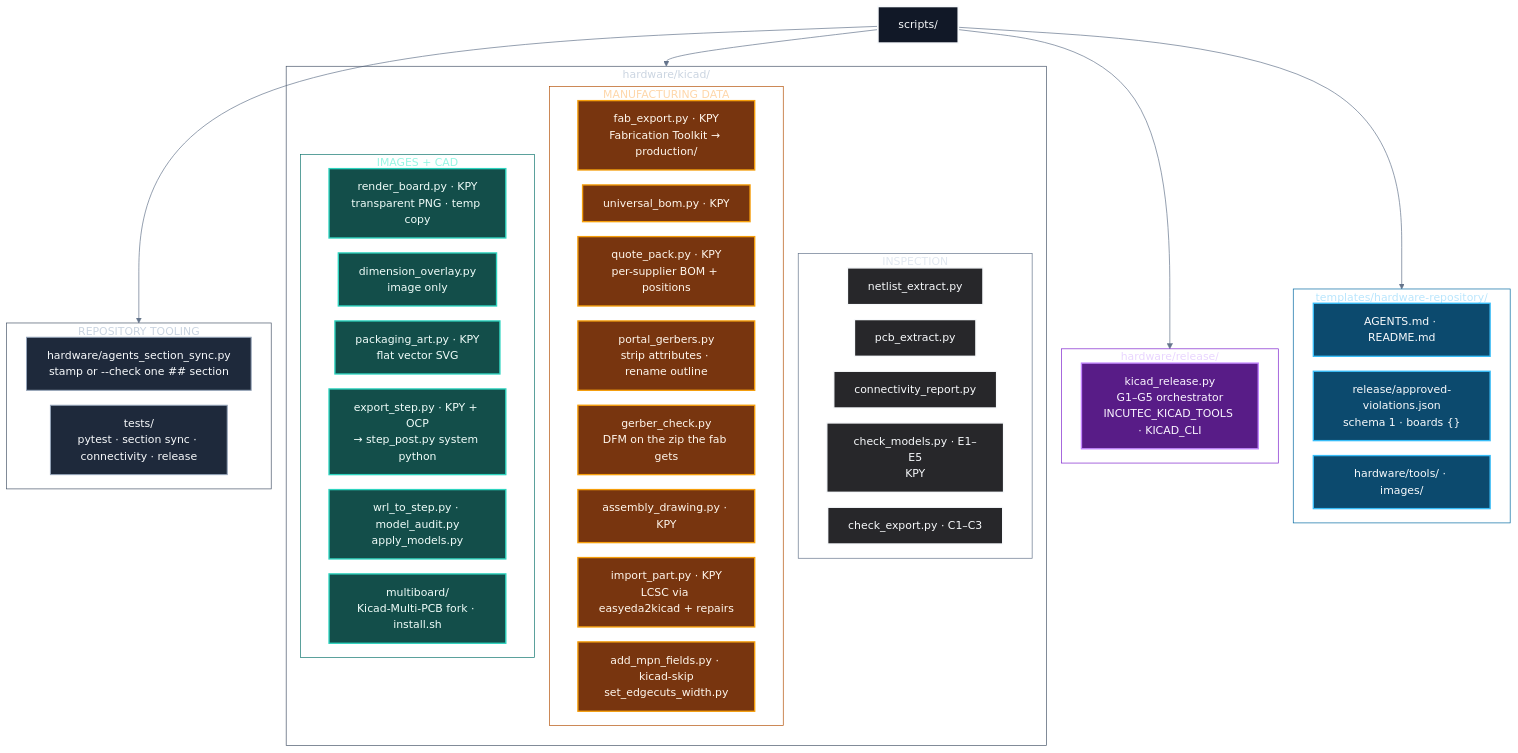
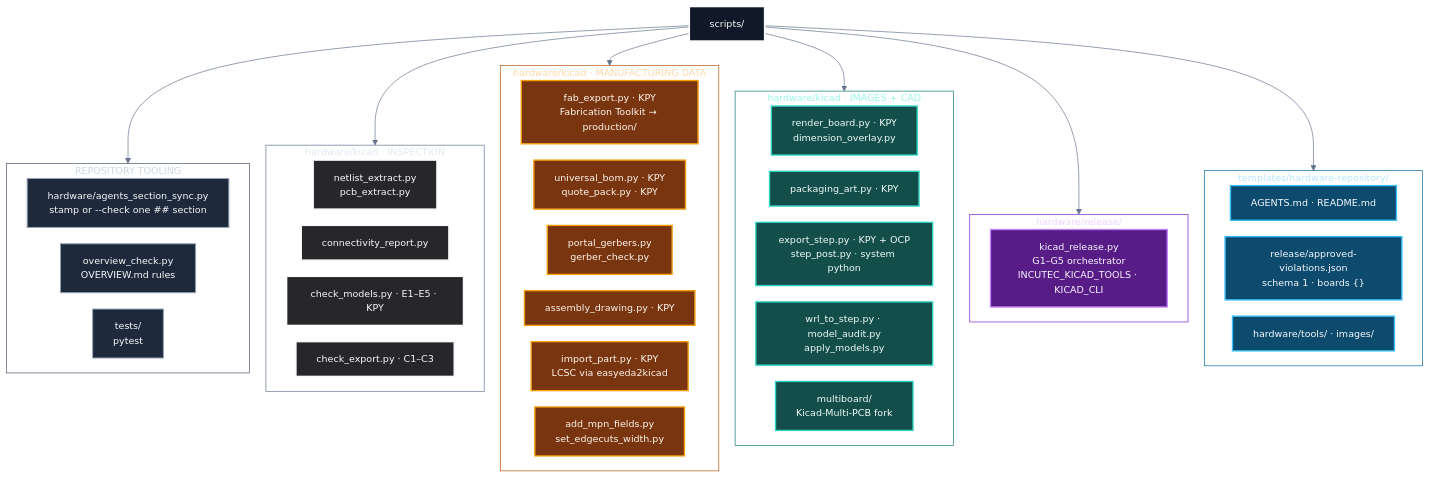
Before and after one commit to incutec-org/hardware-tooling: the second of 7 diagrams in OVERVIEW.md, drawn with Mermaid. The commit also changed other lines of this file, not shown here.

First line of the commit message:
docs: fix OVERVIEW.md layouts for rendering

````diff
--- a/OVERVIEW.md
+++ b/OVERVIEW.md
@@ -40,52 +40,47 @@
 ```mermaid
-%%{init: {"theme": "base", "themeVariables": {"background": "#0b1120", "lineColor": "#64748b", "fontFamily": "Inter, ui-sans-serif, system-ui"}, "flowchart": {"curve": "basis", "nodeSpacing": 22, "rankSpacing": 34}}}%%
+%%{init: {"theme": "base", "themeVariables": {"background": "#0b1120", "lineColor": "#64748b", "primaryTextColor": "#f8fafc", "edgeLabelBackground": "#0b1120", "fontSize": "14px"}, "flowchart": {"curve": "basis", "nodeSpacing": 24, "rankSpacing": 36}}}%%
 flowchart TB
     ROOT["scripts/"]
 
     ROOT --> META
-    ROOT --> KICAD
+    ROOT --> INSPECT
+    ROOT --> FAB
+    ROOT --> MEDIA
     ROOT --> REL
     ROOT --> TPL
 
     subgraph META["REPOSITORY TOOLING"]
         direction LR
         A1["hardware/agents_section_sync.py<br/>stamp or --check one ## section"]
-        A2["tests/<br/>pytest · section sync · connectivity · release"]
+        A2["overview_check.py<br/>OVERVIEW.md rules"]
+        A3["tests/<br/>pytest"]
     end
 
-    subgraph KICAD["hardware/kicad/"]
-        direction TB
+    subgraph INSPECT["hardware/kicad · INSPECTION"]
+        direction LR
+        I1["netlist_extract.py<br/>pcb_extract.py"]
+        I2["connectivity_report.py"]
+        I3["check_models.py · E1–E5 · KPY"]
+        I4["check_export.py · C1–C3"]
+    end
 
-        subgraph INSPECT["INSPECTION"]
-            direction LR
-            I1["netlist_extract.py"]
-            I2["pcb_extract.py"]
-            I3["connectivity_report.py"]
-            I4["check_models.py · E1–E5<br/>KPY"]
-            I5["check_export.py · C1–C3"]
-        end
+    subgraph FAB["hardware/kicad · MANUFACTURING DATA"]
+        direction LR
+        F1["fab_export.py · KPY<br/>Fabrication Toolkit → production/"]
+        F2["universal_bom.py · KPY<br/>quote_pack.py · KPY"]
+        F3["portal_gerbers.py<br/>gerber_check.py"]
+        F4["assembly_drawing.py · KPY"]
+        F5["import_part.py · KPY<br/>LCSC via easyeda2kicad"]
+        F6["add_mpn_fields.py<br/>set_edgecuts_width.py"]
+    end
 
-        subgraph FAB["MANUFACTURING DATA"]
-            direction LR
-            F1["fab_export.py · KPY<br/>Fabrication Toolkit → production/"]
-            F2["universal_bom.py · KPY"]
-            F3["quote_pack.py · KPY<br/>per-supplier BOM + positions"]
-            F4["portal_gerbers.py<br/>strip attributes · rename outline"]
-            F5["gerber_check.py<br/>DFM on the zip the fab gets"]
-            F6["assembly_drawing.py · KPY"]
-            F7["import_part.py · KPY<br/>LCSC via easyeda2kicad + repairs"]
-            F8["add_mpn_fields.py · kicad-skip<br/>set_edgecuts_width.py"]
-        end
-
-        subgraph MEDIA["IMAGES + CAD"]
-            direction LR
-            M1["render_board.py · KPY<br/>transparent PNG · temp copy"]
-            M2["dimension_overlay.py<br/>image only"]
-            M3["packaging_art.py · KPY<br/>flat vector SVG"]
-            M4["export_step.py · KPY + OCP<br/>→ step_post.py system python"]
-            M5["wrl_to_step.py · model_audit.py<br/>apply_models.py"]
-            M6["multiboard/<br/>Kicad-Multi-PCB fork · install.sh"]
-        end
+    subgraph MEDIA["hardware/kicad · IMAGES + CAD"]
+        direction LR
+        M1["render_board.py · KPY<br/>dimension_overlay.py"]
+        M2["packaging_art.py · KPY"]
+        M3["export_step.py · KPY + OCP<br/>step_post.py · system python"]
+        M4["wrl_to_step.py · model_audit.py<br/>apply_models.py"]
+        M5["multiboard/<br/>Kicad-Multi-PCB fork"]
     end
 
     subgraph REL["hardware/release/"]
@@ -109,15 +104,14 @@
     classDef tpl fill:#0c4a6e,stroke:#38bdf8,color:#f8fafc,stroke-width:2px;
 
     class ROOT root;
-    class A1,A2 meta;
-    class I1,I2,I3,I4,I5 inspect;
-    class F1,F2,F3,F4,F5,F6,F7,F8 fab;
-    class M1,M2,M3,M4,M5,M6 media;
+    class A1,A2,A3 meta;
+    class I1,I2,I3,I4 inspect;
+    class F1,F2,F3,F4,F5,F6 fab;
+    class M1,M2,M3,M4,M5 media;
     class R1 rel;
     class T1,T2,T3 tpl;
 
     style META fill:transparent,stroke:#475569,color:#cbd5e1;
-    style KICAD fill:transparent,stroke:#475569,color:#cbd5e1;
     style INSPECT fill:transparent,stroke:#64748b,color:#e2e8f0;
     style FAB fill:transparent,stroke:#b45309,color:#fed7aa;
     style MEDIA fill:transparent,stroke:#0f766e,color:#99f6e4;
````
